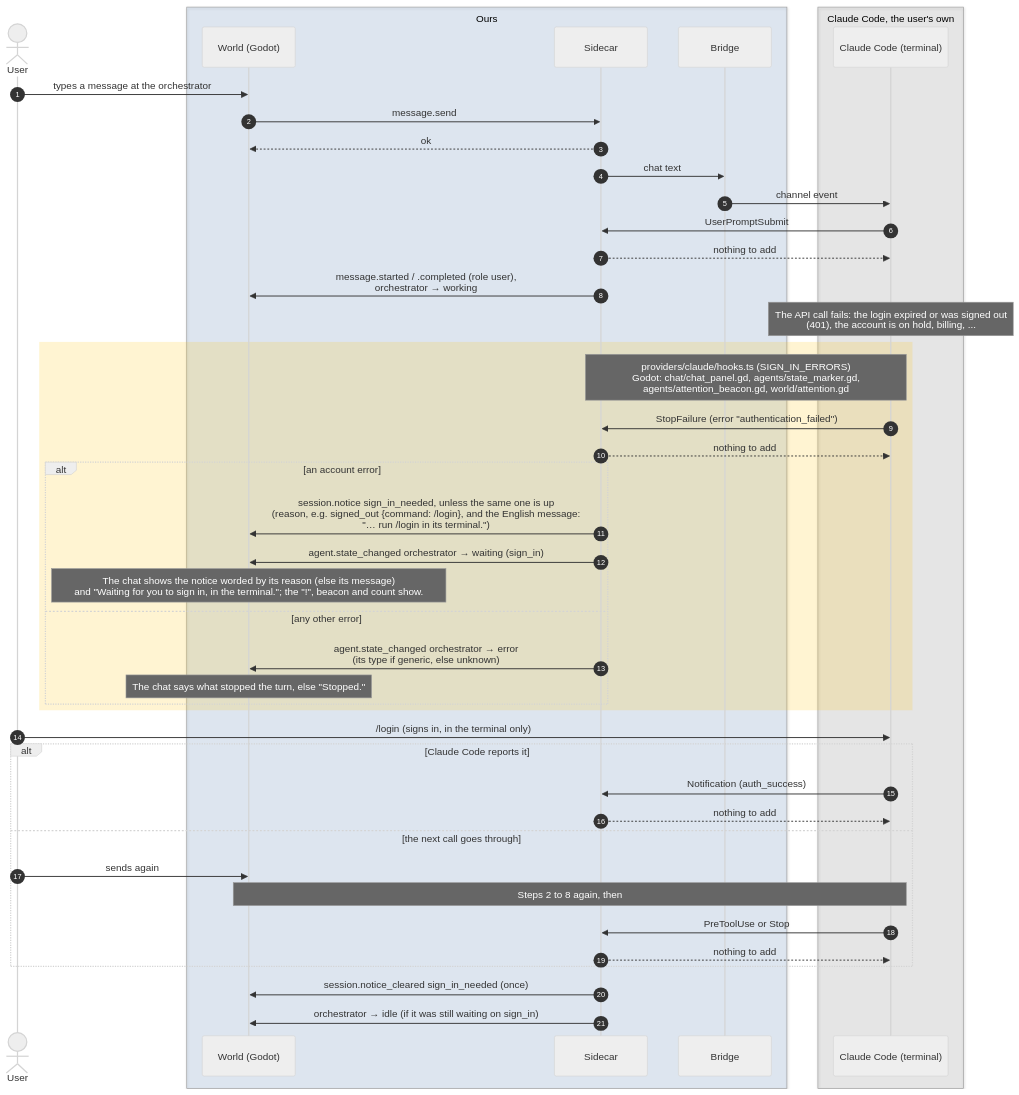
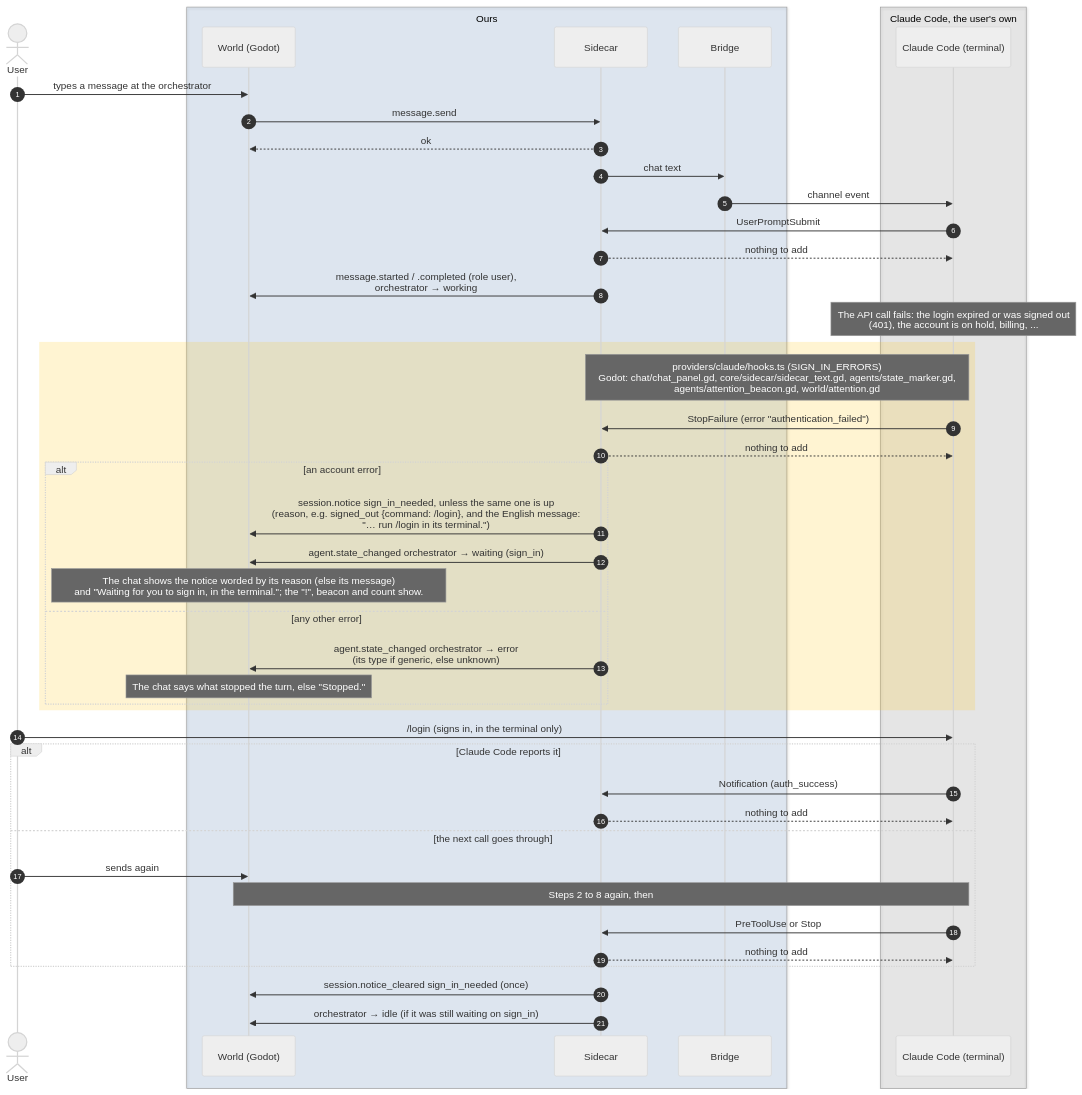
Before and after one commit to PaoloPortugal/The-Beach: the diagram in docs/diagrams/sequence/13-sign-in-needed.md, drawn with Mermaid (neutral theme). The commit also changed other lines of this file and 7 other files, not shown here.

````diff
--- a/docs/diagrams/sequence/13-sign-in-needed.md
+++ b/docs/diagrams/sequence/13-sign-in-needed.md
@@ -7,50 +7,50 @@
 ```mermaid
 sequenceDiagram
     autonumber
     actor User
 
     box rgba(47,111,191,0.12) Ours
         participant World as World (Godot)
         participant Sidecar
         participant Bridge
     end
 
     box rgba(128,128,128,0.14) Claude Code, the user's own
         participant Claude as Claude Code (terminal)
     end
 
     User->>World: types a message at the orchestrator
     World->>Sidecar: message.send
     Sidecar-->>World: ok
     Sidecar->>Bridge: chat text
     Bridge->>Claude: channel event
     Claude->>Sidecar: UserPromptSubmit
     Sidecar-->>Claude: nothing to add
     Sidecar->>World: message.started / .completed (role user),<br/>orchestrator → working
     Note over Claude: The API call fails: the login expired or was signed out<br/>(401), the account is on hold, billing, ...
     rect rgba(255,193,7,0.18)
-        Note over Sidecar,Claude: providers/claude/hooks.ts (SIGN_IN_ERRORS)<br/>Godot: chat/chat_panel.gd, agents/state_marker.gd,<br/>agents/attention_beacon.gd, world/attention.gd
+        Note over Sidecar,Claude: providers/claude/hooks.ts (SIGN_IN_ERRORS)<br/>Godot: chat/chat_panel.gd, core/sidecar/sidecar_text.gd, agents/state_marker.gd,<br/>agents/attention_beacon.gd, world/attention.gd
         Claude->>Sidecar: StopFailure (error "authentication_failed")
         Sidecar-->>Claude: nothing to add
         alt an account error
             Sidecar->>World: session.notice sign_in_needed, unless the same one is up<br/>(reason, e.g. signed_out {command: /login}, and the English message:<br/>"… run /login in its terminal.")
             Sidecar->>World: agent.state_changed orchestrator → waiting (sign_in)
             Note over World: The chat shows the notice worded by its reason (else its message)<br/>and "Waiting for you to sign in, in the terminal."#59; the "!", beacon and count show.
         else any other error
             Sidecar->>World: agent.state_changed orchestrator → error<br/>(its type if generic, else unknown)
             Note over World: The chat says what stopped the turn, else "Stopped."
         end
     end
     User->>Claude: /login (signs in, in the terminal only)
     alt Claude Code reports it
         Claude->>Sidecar: Notification (auth_success)
         Sidecar-->>Claude: nothing to add
     else the next call goes through
         User->>World: sends again
         Note over World,Claude: Steps 2 to 8 again, then
         Claude->>Sidecar: PreToolUse or Stop
         Sidecar-->>Claude: nothing to add
     end
     Sidecar->>World: session.notice_cleared sign_in_needed (once)
     Sidecar->>World: orchestrator → idle (if it was still waiting on sign_in)
 ```
````
